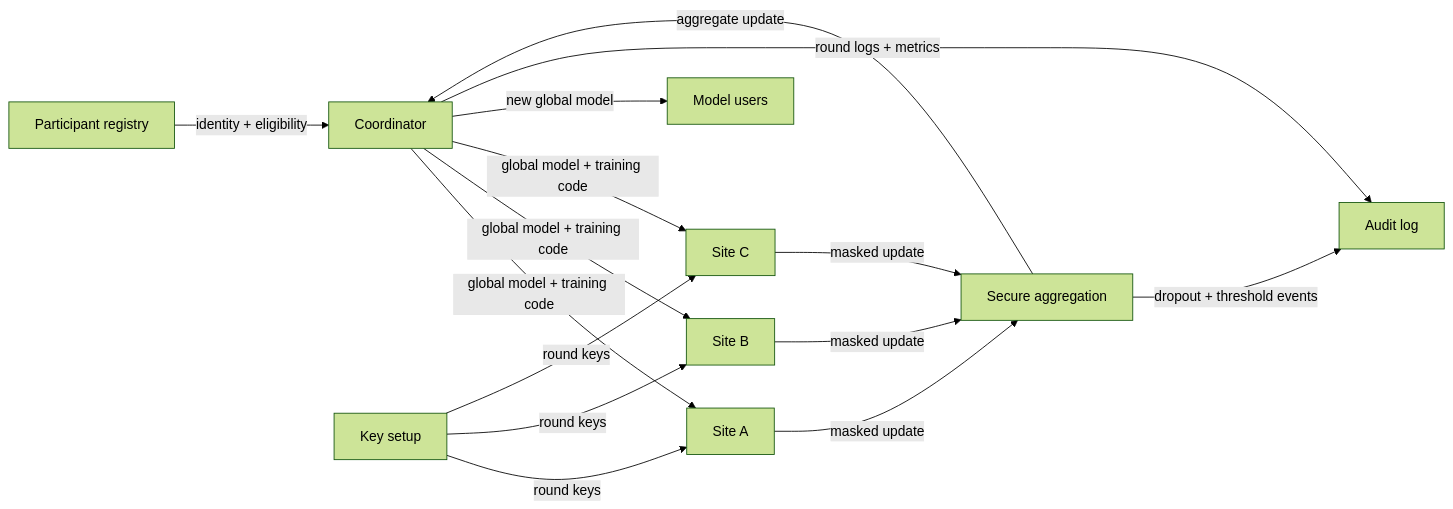
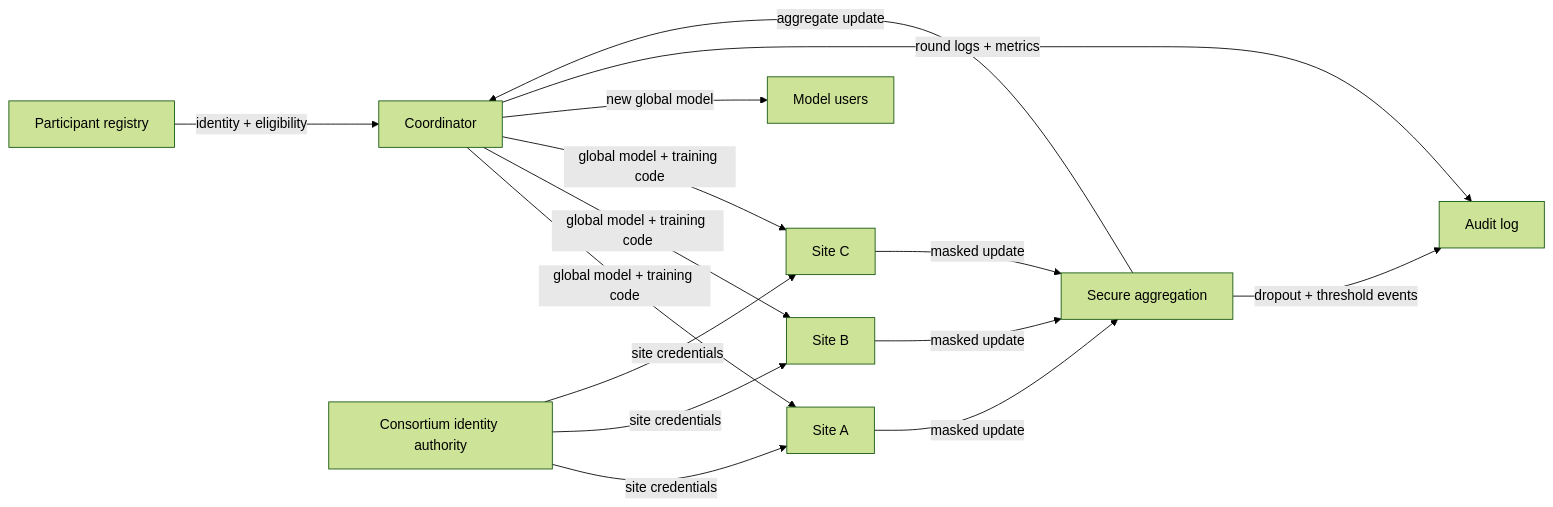
The diagram in docs/pet-architectures/fl-secure-aggregation.md (I-Love-PETs/i-love-pets.github.io), drawn with Mermaid (forest theme) before and after one commit. The commit also changed other lines of this file and 17 other files, not shown here.

````diff
--- a/docs/pet-architectures/fl-secure-aggregation.md
+++ b/docs/pet-architectures/fl-secure-aggregation.md
@@ -32,18 +32,18 @@
 ```mermaid
 %%{init: {"flowchart": {"useMaxWidth": false}}}%%
 flowchart LR
   I[Participant registry] -->|identity + eligibility| C[Coordinator]
-  K[Key setup] -->|round keys| A
-  K -->|round keys| B
-  K -->|round keys| D
+  K[Consortium identity authority] -->|site credentials| A
+  K -->|site credentials| B
+  K -->|site credentials| D
   C[Coordinator] -->|global model + training code| A[Site A]
   C -->|global model + training code| B[Site B]
   C -->|global model + training code| D[Site C]
   A -->|masked update| S[Secure aggregation]
   B -->|masked update| S
   D -->|masked update| S
   S -->|aggregate update| C
   C -->|new global model| U[Model users]
   C -->|round logs + metrics| L[Audit log]
   S -->|dropout + threshold events| L
 ```
````
